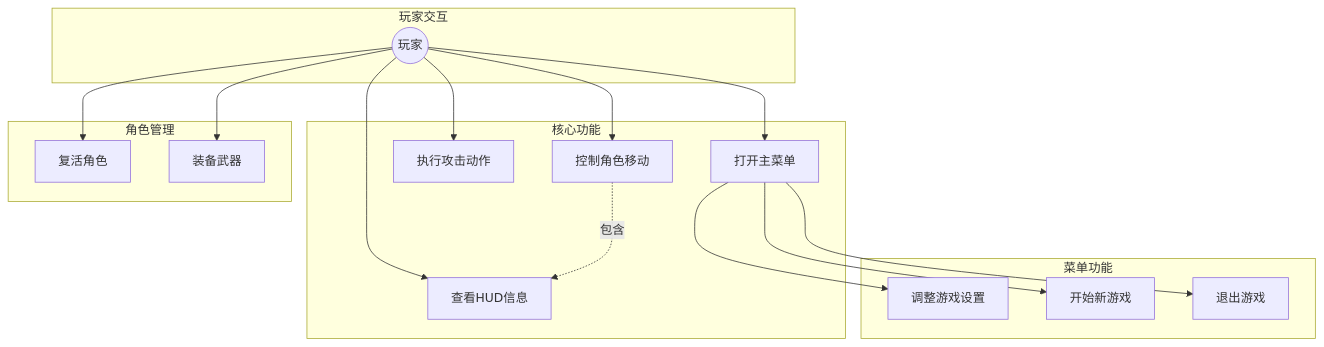
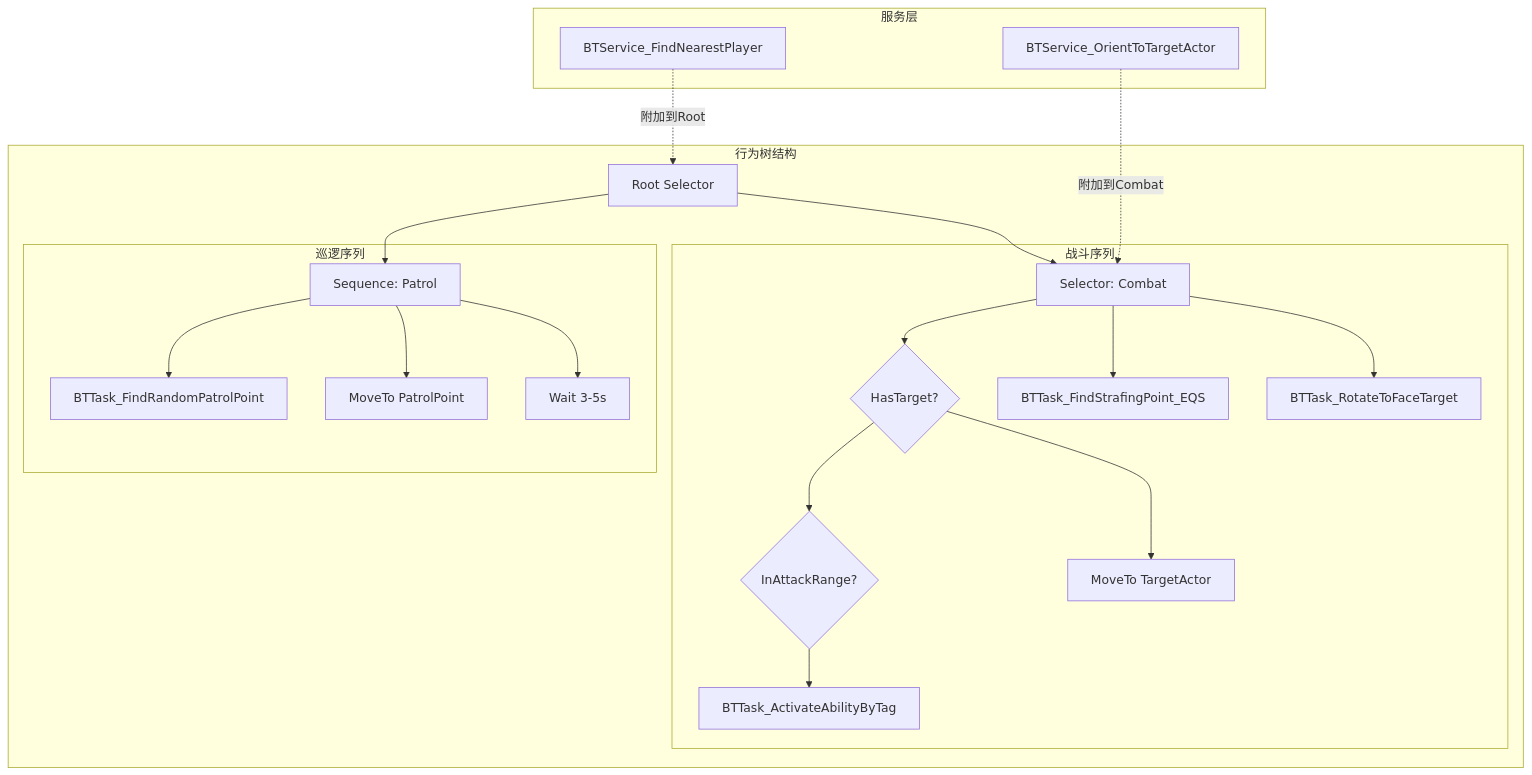
Diagram 14 of 21 in Source/Docs/DetailedDesign.md (ARK31415/RPG), drawn with Mermaid before and after one commit. The commit also changed other lines of this file and 11 other files, not shown here.

````diff
--- a/Source/Docs/DetailedDesign.md
+++ b/Source/Docs/DetailedDesign.md
@@ -1104,36 +781,42 @@
 ```mermaid
 graph TB
-    subgraph 玩家交互
-        Player((玩家))
+    subgraph 行为树结构
+        Root[Root Selector]
+        
+        subgraph 战斗序列
+            CombatSel[Selector: Combat]
+            HasTarget{HasTarget?}
+            InRange{InAttackRange?}
+            Attack[BTTask_ActivateAbilityByTag]
+            Chase[MoveTo TargetActor]
+            Strafe[BTTask_FindStrafingPoint_EQS]
+            Rotate[BTTask_RotateToFaceTarget]
+        end
+        
+        subgraph 巡逻序列
+            PatrolSeq[Sequence: Patrol]
+            FindPoint[BTTask_FindRandomPatrolPoint]
+            MoveTo[MoveTo PatrolPoint]
+            Wait[Wait 3-5s]
+        end
     end
     
-    subgraph 核心功能
-        UC1[控制角色移动]
-        UC2[执行攻击动作]
-        UC3[查看HUD信息]
-        UC4[打开主菜单]
+    subgraph 服务层
+        S1[BTService_FindNearestPlayer]
+        S2[BTService_OrientToTargetActor]
     end
     
-    subgraph 菜单功能
-        UC5[调整游戏设置]
-        UC6[开始新游戏]
-        UC7[退出游戏]
-    end
-    
-    subgraph 角色管理
-        UC8[复活角色]
-        UC9[装备武器]
-    end
-    
-    Player --> UC1
-    Player --> UC2
-    Player --> UC3
-    Player --> UC4
-    Player --> UC8
-    Player --> UC9
-    
-    UC4 --> UC5
-    UC4 --> UC6
-    UC4 --> UC7
-    UC1 -.包含.-> UC3
+    Root --> CombatSel
+    Root --> PatrolSeq
+    CombatSel --> HasTarget
+    HasTarget --> InRange
+    InRange --> Attack
+    HasTarget --> Chase
+    CombatSel --> Strafe
+    CombatSel --> Rotate
+    PatrolSeq --> FindPoint
+    PatrolSeq --> MoveTo
+    PatrolSeq --> Wait
+    S1 -.附加到Root.-> Root
+    S2 -.附加到Combat.-> CombatSel
 ```
````
